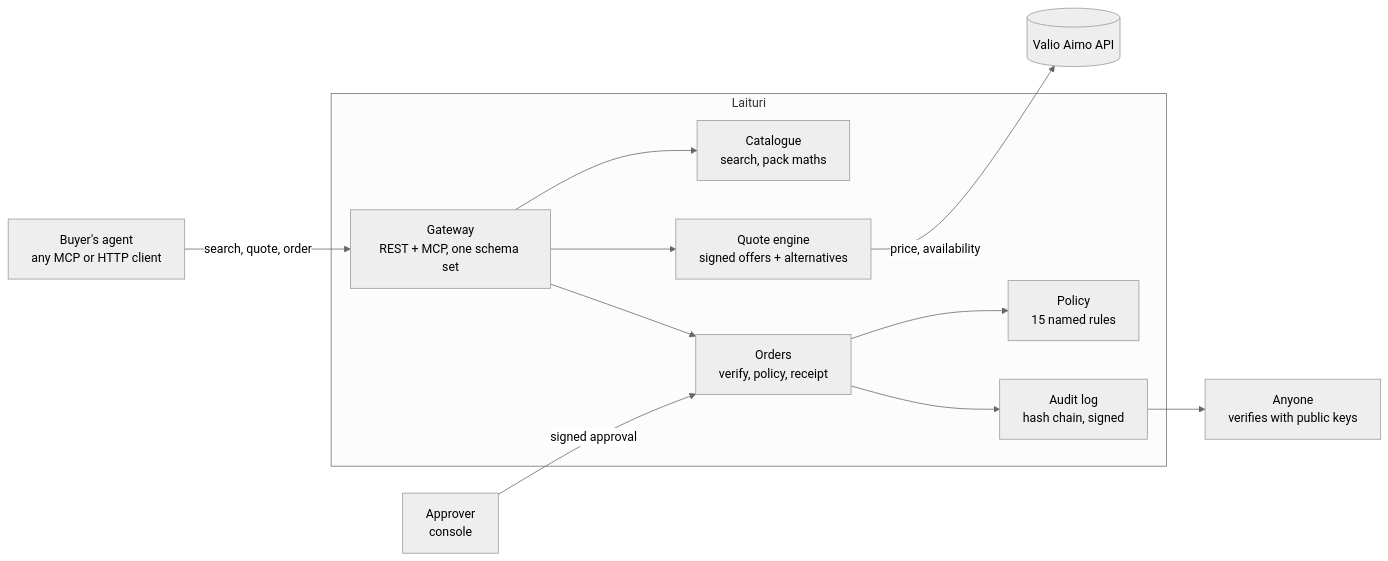
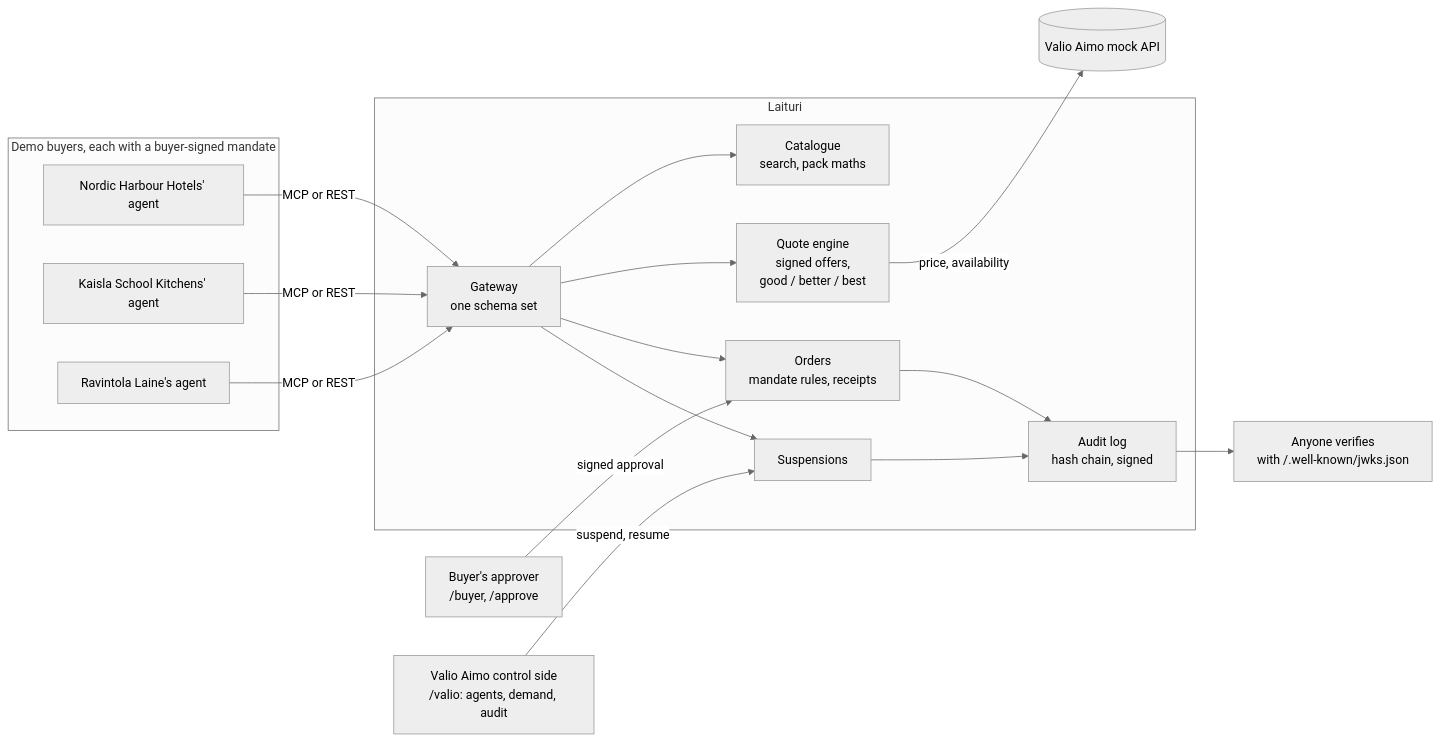
One commit to felixwickholm/laituri changed the diagram in README.md. Above: the diagram before and after it, drawn with Mermaid (neutral theme). The commit also changed other lines of this file and 32 other files, not shown here.

````diff
--- a/README.md
+++ b/README.md
@@ -47,14 +89,21 @@
 ```mermaid
 flowchart LR
-  A[Buyer's agent<br/>any MCP or HTTP client] -->|search, quote, order| G
+  subgraph Buyers["Demo buyers, each with a buyer-signed mandate"]
+    B1[Nordic Harbour Hotels' agent]
+    B2[Kaisla School Kitchens' agent]
+    B3[Ravintola Laine's agent]
+  end
+  B1 & B2 & B3 -->|MCP or REST| G
   subgraph Laituri
-    G[Gateway<br/>REST + MCP, one schema set] --> C[Catalogue<br/>search, pack maths]
-    G --> Q[Quote engine<br/>signed offers + alternatives]
-    G --> O[Orders<br/>verify, policy, receipt]
-    O --> P[Policy<br/>15 named rules]
+    G[Gateway<br/>one schema set] --> C[Catalogue<br/>search, pack maths]
+    G --> Q[Quote engine<br/>signed offers,<br/>good / better / best]
+    G --> O[Orders<br/>mandate rules, receipts]
+    G --> S[Suspensions]
     O --> L[Audit log<br/>hash chain, signed]
+    S --> L
   end
-  Q -->|price, availability| V[(Valio Aimo API)]
-  H[Approver<br/>console] -->|signed approval| O
-  L --> X[Anyone<br/>verifies with public keys]
+  Q -->|price, availability| V[(Valio Aimo mock API)]
+  A[Buyer's approver<br/>/buyer, /approve] -->|signed approval| O
+  W[Valio Aimo control side<br/>/valio: agents, demand, audit] -->|suspend, resume| S
+  L --> X[Anyone verifies<br/>with /.well-known/jwks.json]
 ```
````
